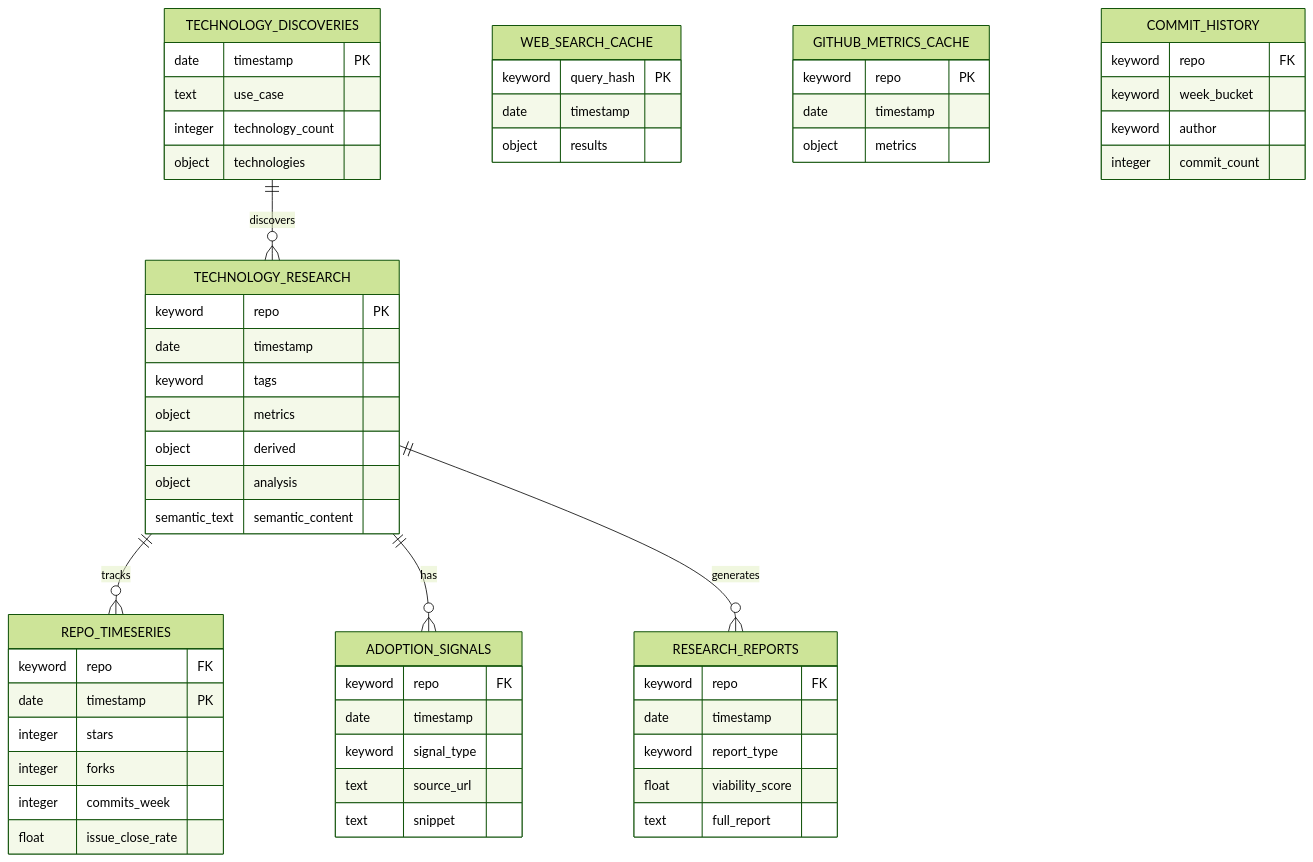
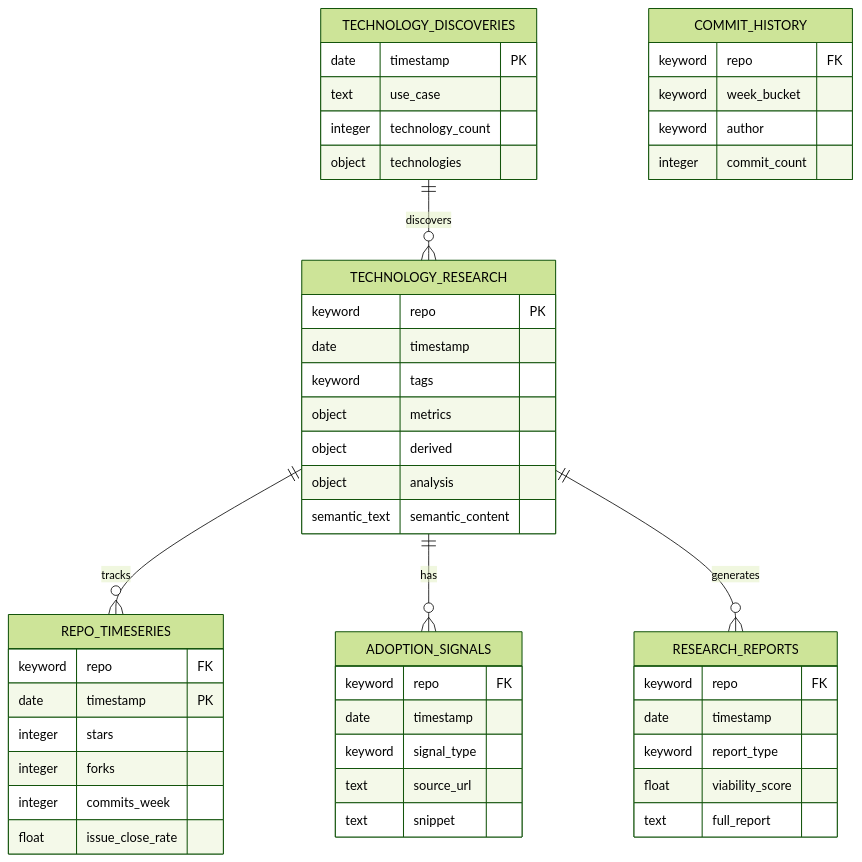
Before and after one commit to justincastilla/DevRel-DeepAgent: the fourth of 4 diagrams in README.md, drawn with Mermaid (forest theme). The commit also changed other lines of this file and 22 other files, not shown here.

````diff
--- a/README.md
+++ b/README.md
@@ -270,68 +277,56 @@
 ```mermaid
 erDiagram
     TECHNOLOGY_RESEARCH {
         keyword repo PK
         date timestamp
         keyword tags
         object metrics
         object derived
         object analysis
         semantic_text semantic_content
     }
 
     REPO_TIMESERIES {
         keyword repo FK
         date timestamp PK
         integer stars
         integer forks
         integer commits_week
         float issue_close_rate
     }
 
     ADOPTION_SIGNALS {
         keyword repo FK
         date timestamp
         keyword signal_type
         text source_url
         text snippet
     }
 
     RESEARCH_REPORTS {
         keyword repo FK
         date timestamp
         keyword report_type
         float viability_score
         text full_report
     }
 
     TECHNOLOGY_DISCOVERIES {
         date timestamp PK
         text use_case
         integer technology_count
         object technologies
     }
 
-    WEB_SEARCH_CACHE {
-        keyword query_hash PK
-        date timestamp
-        object results
-    }
-
-    GITHUB_METRICS_CACHE {
-        keyword repo PK
-        date timestamp
-        object metrics
-    }
-
     COMMIT_HISTORY {
         keyword repo FK
         keyword week_bucket
         keyword author
         integer commit_count
     }
 
     TECHNOLOGY_RESEARCH ||--o{ REPO_TIMESERIES : "tracks"
     TECHNOLOGY_RESEARCH ||--o{ ADOPTION_SIGNALS : "has"
     TECHNOLOGY_RESEARCH ||--o{ RESEARCH_REPORTS : "generates"
     TECHNOLOGY_DISCOVERIES ||--o{ TECHNOLOGY_RESEARCH : "discovers"
 ```
````
